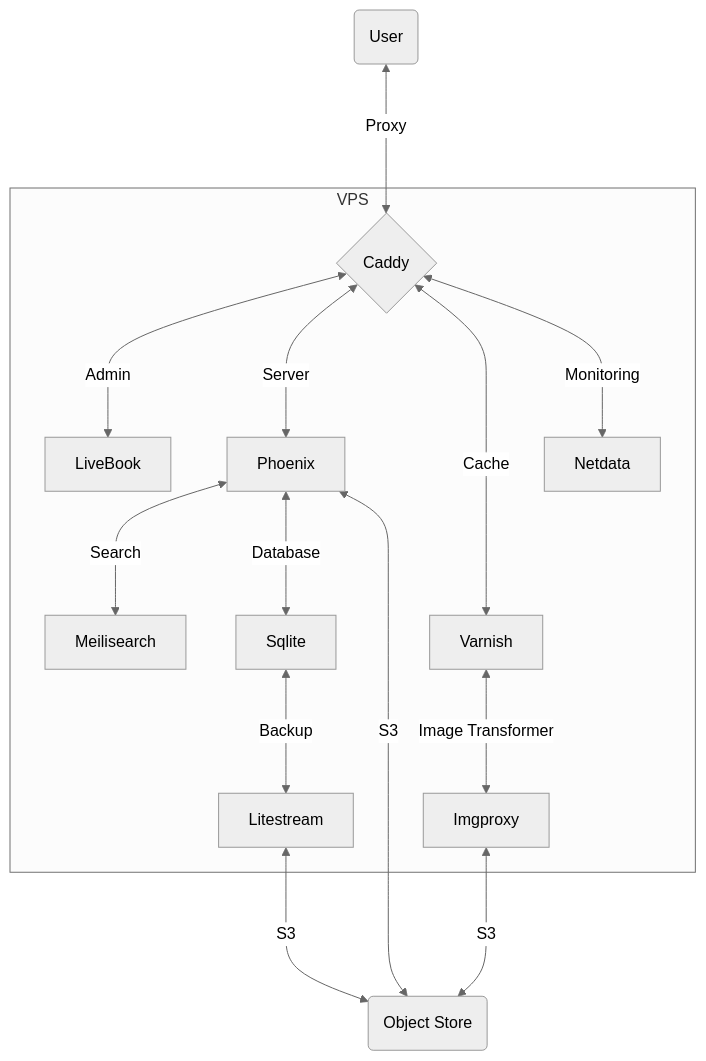
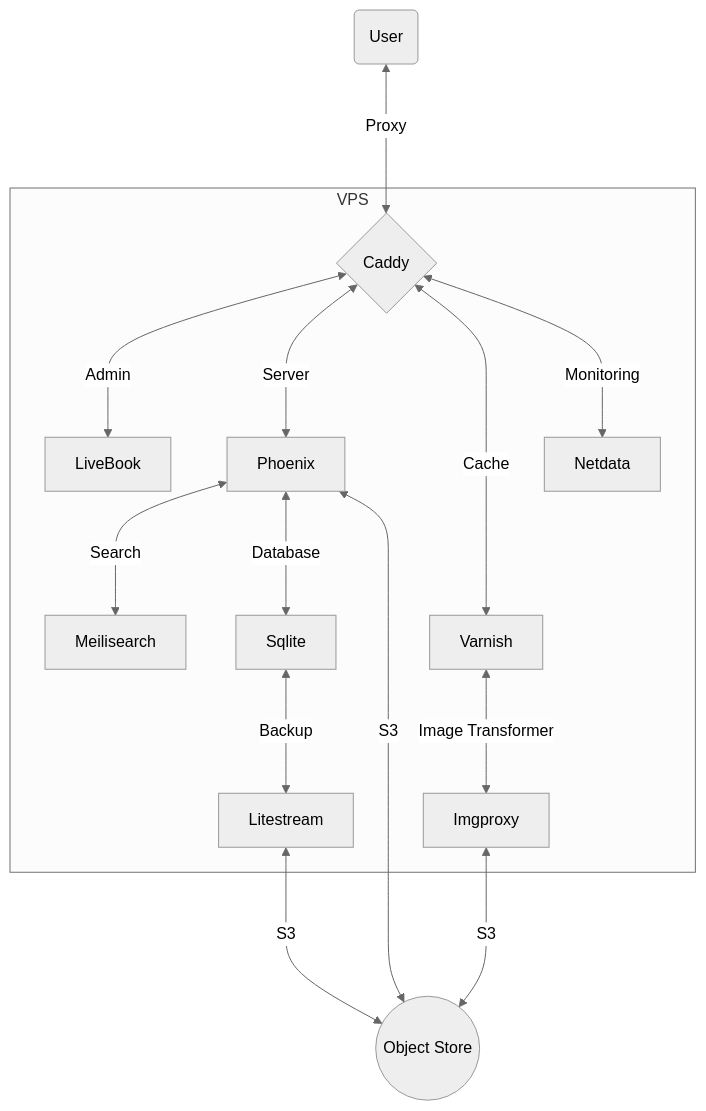
The diagram in README.md (derpycoder/derpycoder), drawn with Mermaid (neutral theme) before and after one commit.

````diff
--- a/README.md
+++ b/README.md
@@ -23,23 +23,23 @@
 ```mermaid
 graph TD
 
 U(User) <---> |Proxy| C{Caddy}
 
 subgraph VPS
   C{Caddy} <---> |Admin| LiveBook
   Phoenix <---> |Search| Meilisearch
 
   C{Caddy} <---> |Server| Phoenix
   Phoenix <---> |Database| Sqlite
   Sqlite <---> |Backup| Litestream
 
   C{Caddy} <---> |Cache| Varnish
   Varnish <---> |Image Transformer| Imgproxy
-  
+
   C{Caddy} <---> |Monitoring| Netdata
 end
 
-Phoenix <---> |S3| S3(Object Store)
-Imgproxy <---> |S3| S3(Object Store)
-Litestream <---> |S3| S3(Object Store)
+Phoenix <---> |S3| S3((Object Store))
+Imgproxy <---> |S3| S3((Object Store))
+Litestream <---> |S3| S3((Object Store))
 ```
````
